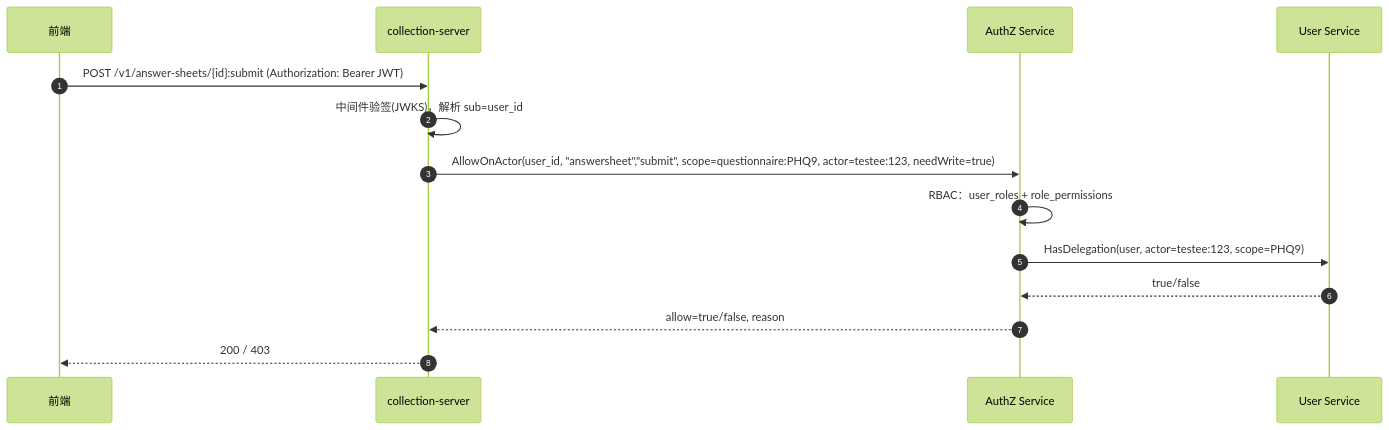
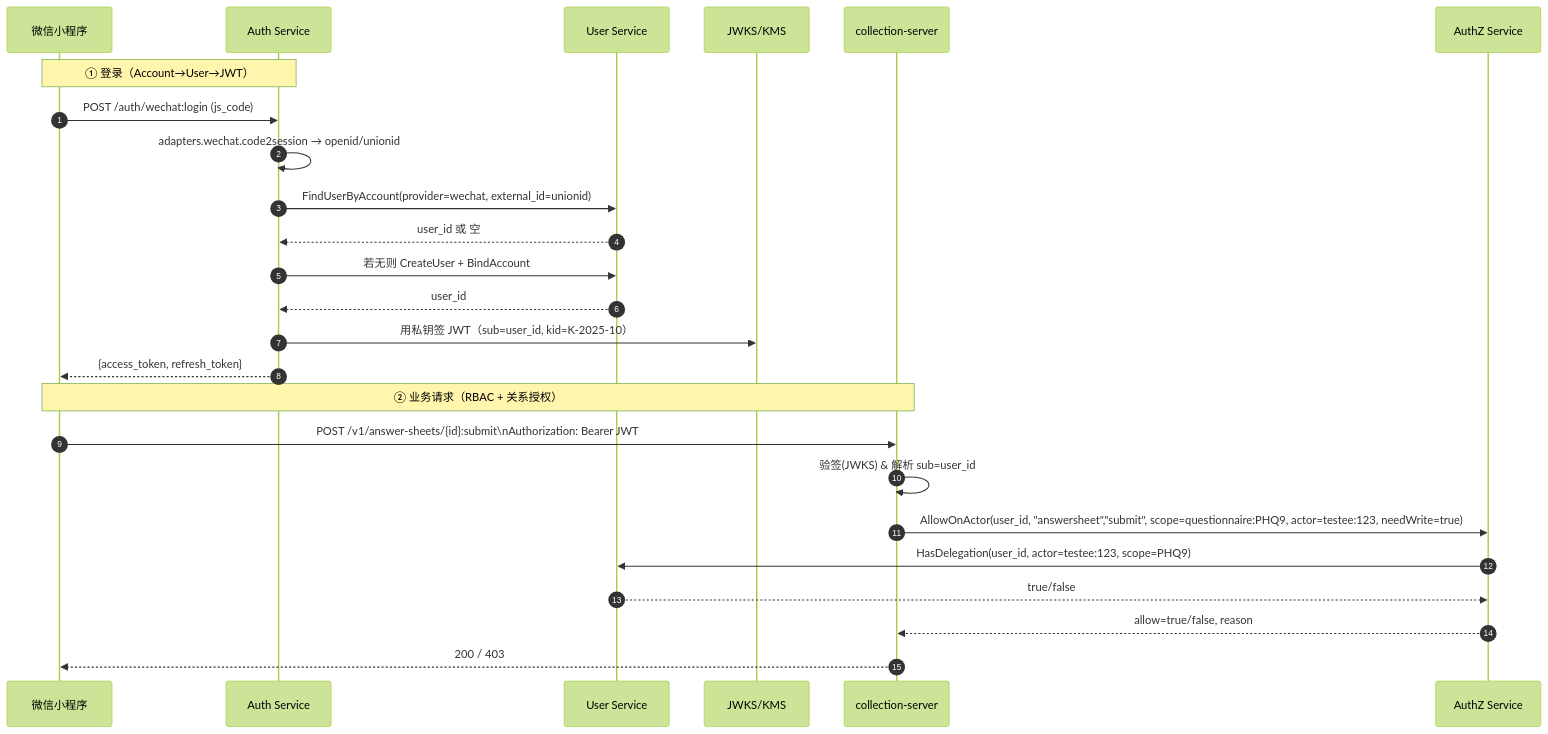
The third of 4 diagrams in README.md (FangcunMount/iam-contracts), drawn with Mermaid (forest theme) before and after one commit. The commit also changed other lines of this file, not shown here.

Commit message:
doc 更新架构图

````diff
--- a/README.md
+++ b/README.md
@@ -141,16 +158,31 @@
 ```mermaid
+
 sequenceDiagram
   autonumber
-  participant FE as 前端
+  participant MP as 微信小程序
+  participant AS as Auth Service
+  participant US as User Service
+  participant JW as JWKS/KMS
   participant B as collection-server
   participant PDP as AuthZ Service
-  participant US as User Service
-  FE->>B: POST /v1/answer-sheets/{id}:submit (Authorization: Bearer JWT)
-  B->>B: 中间件验签(JWKS)，解析 sub=user_id
+
+  Note over MP,AS: ① 登录（Account→User→JWT）
+  MP->>AS: POST /auth/wechat:login (js_code)
+  AS->>AS: adapters.wechat.code2session → openid/unionid
+  AS->>US: FindUserByAccount(provider=wechat, external_id=unionid)
+  US-->>AS: user_id 或 空
+  AS->>US: 若无则 CreateUser + BindAccount
+  US-->>AS: user_id
+  AS->>JW: 用私钥签 JWT（sub=user_id, kid=K-2025-10）
+  AS-->>MP: {access_token, refresh_token}
+
+  Note over MP,B: ② 业务请求（RBAC + 关系授权）
+  MP->>B: POST /v1/answer-sheets/{id}:submit\nAuthorization: Bearer JWT
+  B->>B: 验签(JWKS) & 解析 sub=user_id
   B->>PDP: AllowOnActor(user_id, "answersheet","submit", scope=questionnaire:PHQ9, actor=testee:123, needWrite=true)
-  PDP->>PDP: RBAC：user_roles + role_permissions
-  PDP->>US: HasDelegation(user, actor=testee:123, scope=PHQ9)
+  PDP->>US: HasDelegation(user_id, actor=testee:123, scope=PHQ9)
   US-->>PDP: true/false
   PDP-->>B: allow=true/false, reason
-  B-->>FE: 200 / 403
+  B-->>MP: 200 / 403
+
 ```
````
